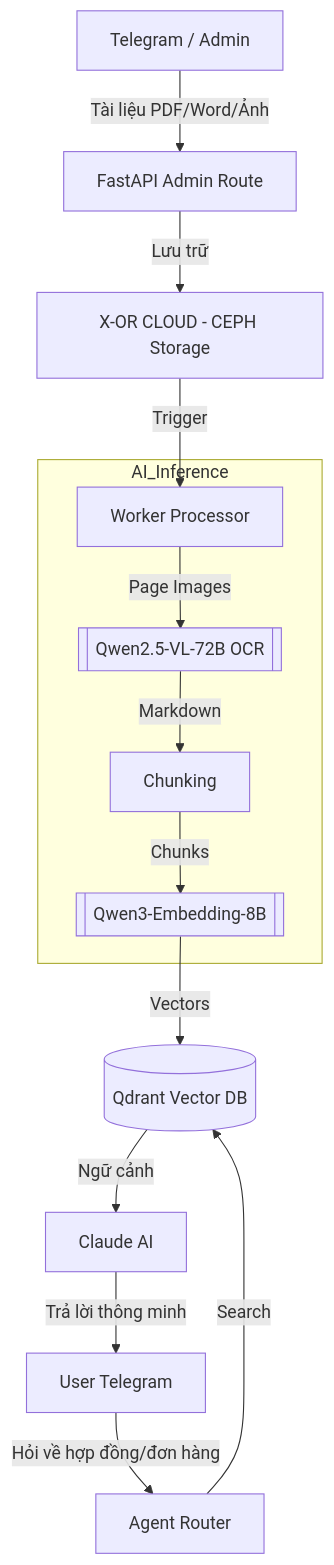
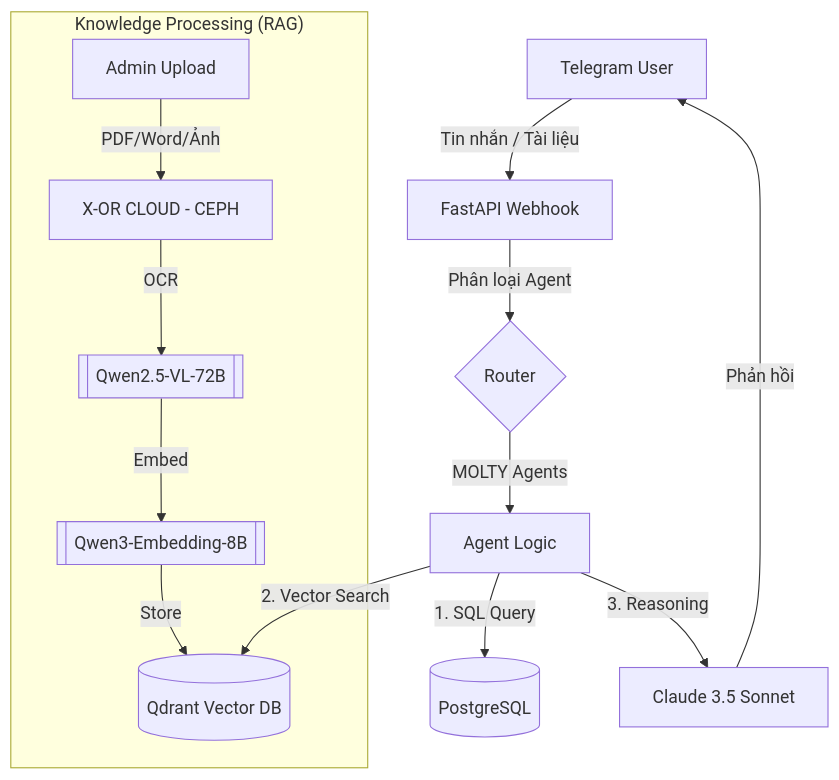
Before and after one commit to X-OR-Cloud/xCB: the diagram in README.md, drawn with Mermaid. The commit also changed other lines of this file, not shown here.

Commit message:
Update README with comprehensive Agent details and RAG architecture

````diff
--- a/README.md
+++ b/README.md
@@ -41,19 +54,19 @@
- ```mermaid
- graph TD
-     A[Telegram / Admin] -->|Tài liệu PDF/Word/Ảnh| B[FastAPI Admin Route]
-     B -->|Lưu trữ| C[X-OR CLOUD - CEPH Storage]
-     C -->|Trigger| D[Worker Processor]
-     
-     subgraph AI_Inference
-         D -->|Page Images| E[[Qwen2.5-VL-72B OCR]]
-         E -->|Markdown| F[Chunking]
-         F -->|Chunks| G[[Qwen3-Embedding-8B]]
-     end
-     
-     G -->|Vectors| H[(Qdrant Vector DB)]
-     
-     I[User Telegram] -->|Hỏi về hợp đồng/đơn hàng| J[Agent Router]
-     J -->|Search| H
-     H -->|Ngữ cảnh| K[Claude AI]
-     K -->|Trả lời thông minh| I
- ```
+```mermaid
+graph TD
+    A[Telegram User] -->|Tin nhắn / Tài liệu| B[FastAPI Webhook]
+    B -->|Phân loại Agent| C{Router}
+    
+    subgraph "Knowledge Processing (RAG)"
+        D[Admin Upload] -->|PDF/Word/Ảnh| E[X-OR CLOUD - CEPH]
+        E -->|OCR| F[[Qwen2.5-VL-72B]]
+        F -->|Embed| G[[Qwen3-Embedding-8B]]
+        G -->|Store| H[(Qdrant Vector DB)]
+    end
+
+    C -->|MOLTY Agents| I[Agent Logic]
+    I -->|1. SQL Query| J[(PostgreSQL)]
+    I -->|2. Vector Search| H
+    I -->|3. Reasoning| K[Claude 3.5 Sonnet]
+    
+    K -->|Phản hồi| A
+```
````
